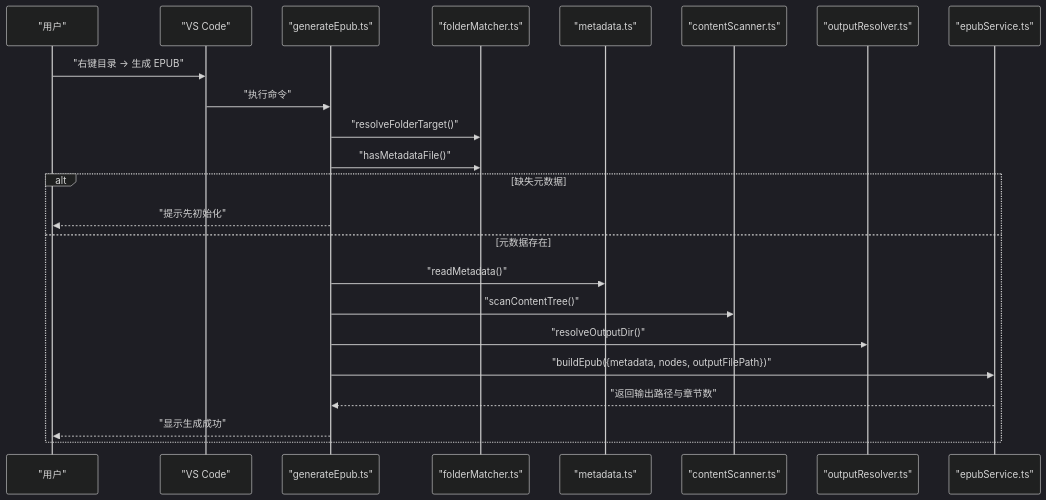
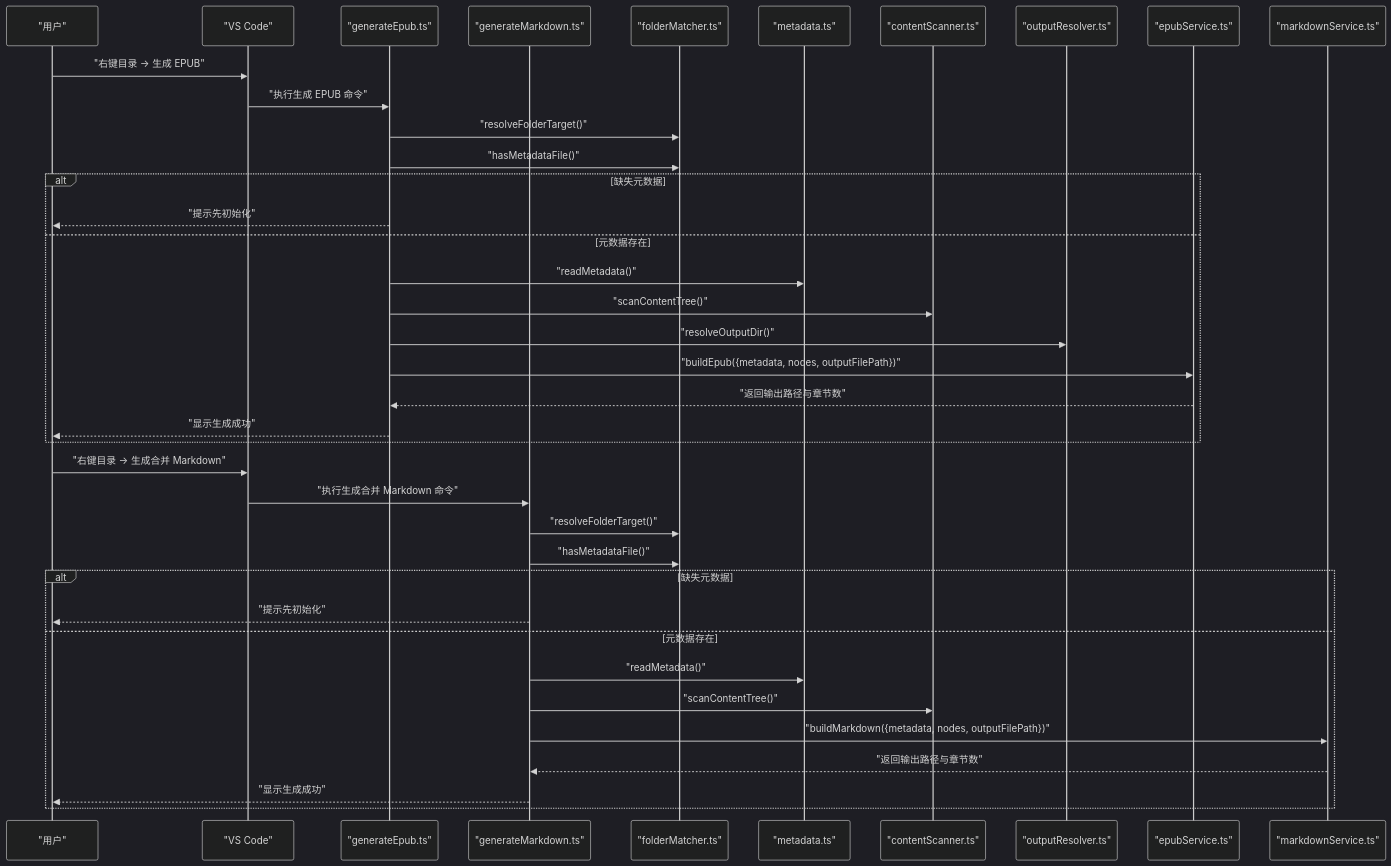
The second of 13 diagrams in .qoder/repowiki/zh/content/核心功能详解/核心功能详解.md (someok/vscode-folder2epub), drawn with Mermaid (dark theme) before and after one commit. The commit also changed other lines of this file and 8 other files, not shown here.

````diff
--- a/.qoder/repowiki/zh/content/核心功能详解/核心功能详解.md
+++ b/.qoder/repowiki/zh/content/核心功能详解/核心功能详解.md
@@ -124,25 +150,40 @@
 ```mermaid
 sequenceDiagram
 participant U as "用户"
 participant VS as "VS Code"
-participant CMD as "generateEpub.ts"
+participant CMD_GEN as "generateEpub.ts"
+participant CMD_MERGE as "generateMarkdown.ts"
 participant FM as "folderMatcher.ts"
 participant META as "metadata.ts"
 participant SCAN as "contentScanner.ts"
 participant OUT as "outputResolver.ts"
 participant EPUB as "epubService.ts"
+participant MD as "markdownService.ts"
 U->>VS : "右键目录 -> 生成 EPUB"
-VS->>CMD : "执行命令"
-CMD->>FM : "resolveFolderTarget()"
-CMD->>FM : "hasMetadataFile()"
+VS->>CMD_GEN : "执行生成 EPUB 命令"
+CMD_GEN->>FM : "resolveFolderTarget()"
+CMD_GEN->>FM : "hasMetadataFile()"
 alt 缺失元数据
-CMD-->>U : "提示先初始化"
+CMD_GEN-->>U : "提示先初始化"
 else 元数据存在
-CMD->>META : "readMetadata()"
-CMD->>SCAN : "scanContentTree()"
-CMD->>OUT : "resolveOutputDir()"
-CMD->>EPUB : "buildEpub({metadata, nodes, outputFilePath})"
-EPUB-->>CMD : "返回输出路径与章节数"
-CMD-->>U : "显示生成成功"
+CMD_GEN->>META : "readMetadata()"
+CMD_GEN->>SCAN : "scanContentTree()"
+CMD_GEN->>OUT : "resolveOutputDir()"
+CMD_GEN->>EPUB : "buildEpub({metadata, nodes, outputFilePath})"
+EPUB-->>CMD_GEN : "返回输出路径与章节数"
+CMD_GEN-->>U : "显示生成成功"
+end
+U->>VS : "右键目录 -> 生成合并 Markdown"
+VS->>CMD_MERGE : "执行生成合并 Markdown 命令"
+CMD_MERGE->>FM : "resolveFolderTarget()"
+CMD_MERGE->>FM : "hasMetadataFile()"
+alt 缺失元数据
+CMD_MERGE-->>U : "提示先初始化"
+else 元数据存在
+CMD_MERGE->>META : "readMetadata()"
+CMD_MERGE->>SCAN : "scanContentTree()"
+CMD_MERGE->>MD : "buildMarkdown({metadata, nodes, outputFilePath})"
+MD-->>CMD_MERGE : "返回输出路径与章节数"
+CMD_MERGE-->>U : "显示生成成功"
 end
 ```
````
